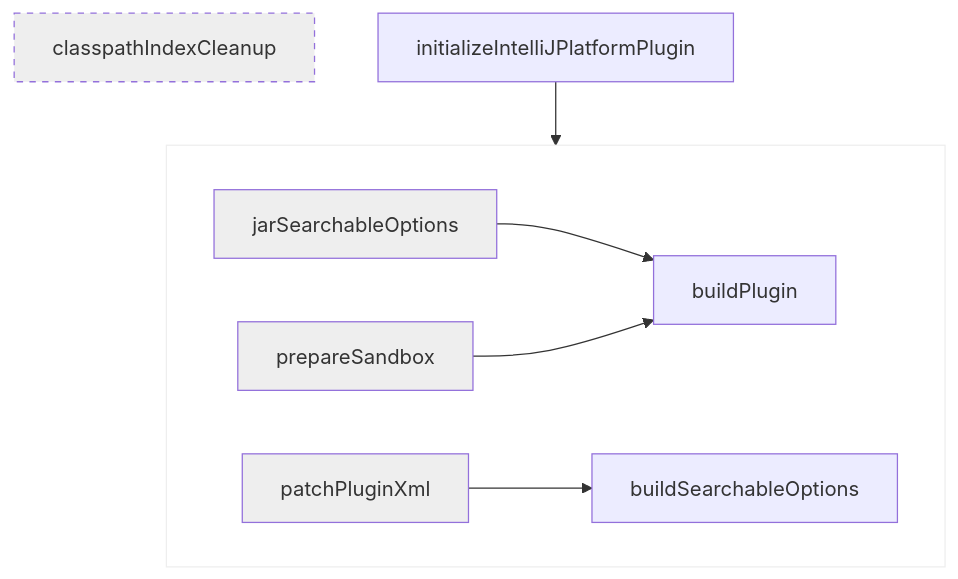
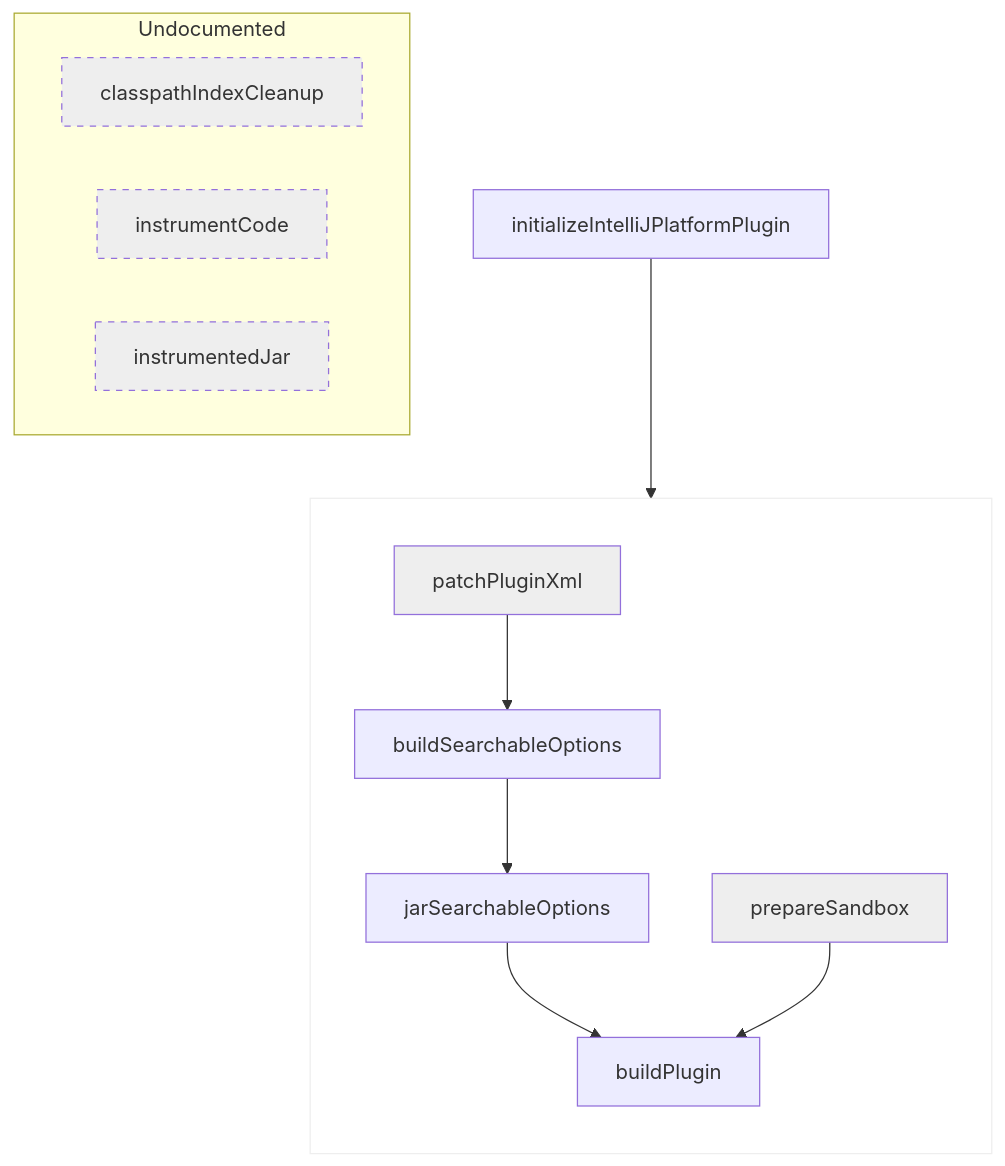
The diagram in topics/appendix/tools/intellij_platform_gradle_plugin/tools_intellij_platform_gradle_plugin_tasks.md (JetBrains/intellij-sdk-docs), drawn with Mermaid before and after one commit. The commit also changed other lines of this file, not shown here.

Commit message:
IntelliJ Platform Gradle Plugin: `jarSearchableOptions` task

````diff
--- a/topics/appendix/tools/intellij_platform_gradle_plugin/tools_intellij_platform_gradle_plugin_tasks.md
+++ b/topics/appendix/tools/intellij_platform_gradle_plugin/tools_intellij_platform_gradle_plugin_tasks.md
@@ -15,32 +15,44 @@
 ```mermaid
-flowchart TD
+flowchart
     subgraph ALL ["` `"]
+        direction TB
+
         buildPlugin
         buildSearchableOptions
         jarSearchableOptions
         patchPluginXml
         prepareSandbox
 
         jarSearchableOptions & prepareSandbox --> buildPlugin
         patchPluginXml --> buildSearchableOptions
+        buildSearchableOptions --> jarSearchableOptions
     end
 
-    classpathIndexCleanup
     initializeIntelliJPlatformPlugin --> ALL
+
+    subgraph Undocumented
+        classpathIndexCleanup
+        instrumentCode
+        instrumentedJar
+    end
 
     click buildPlugin "#buildPlugin"
     click buildSearchableOptions "#buildSearchableOptions"
     click classpathIndexCleanup "#classpathIndexCleanup"
     click initializeIntelliJPlatformPlugin "#initializeIntelliJPlatformPlugin"
+    click instrumentCode "#instrumentCode"
+    click instrumentedJar "#instrumentedJar"
     click jarSearchableOptions "#jarSearchableOptions"
     click patchPluginXml "#patchPluginXml"
     click prepareSandbox "#prepareSandbox"
 
     style classpathIndexCleanup fill:#eee,stroke-dasharray: 5 5
-    style jarSearchableOptions fill:#eee
+    style instrumentCode fill:#eee,stroke-dasharray: 5 5
+    style instrumentedJar fill:#eee,stroke-dasharray: 5 5
+
     style patchPluginXml fill:#eee
     style prepareSandbox fill:#eee
     style prepareSandbox fill:#eee
 
     style ALL fill:#fff,stroke:#eee
 ```
````
